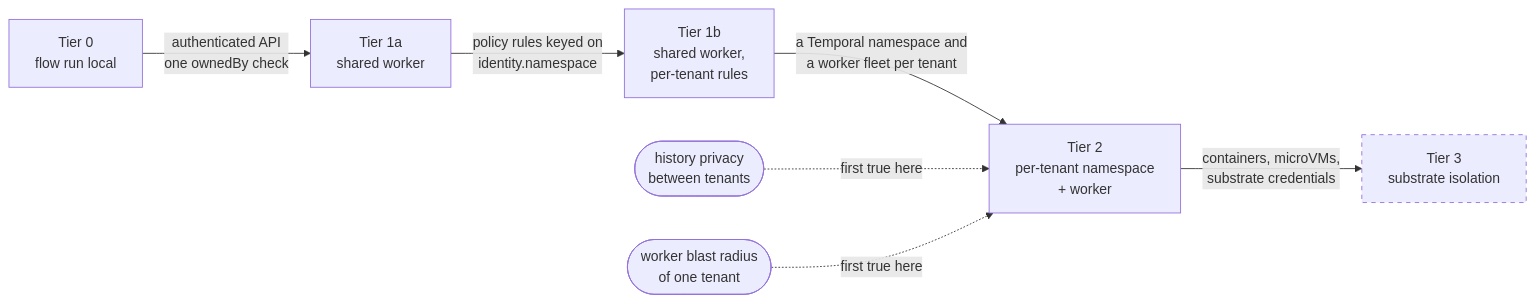
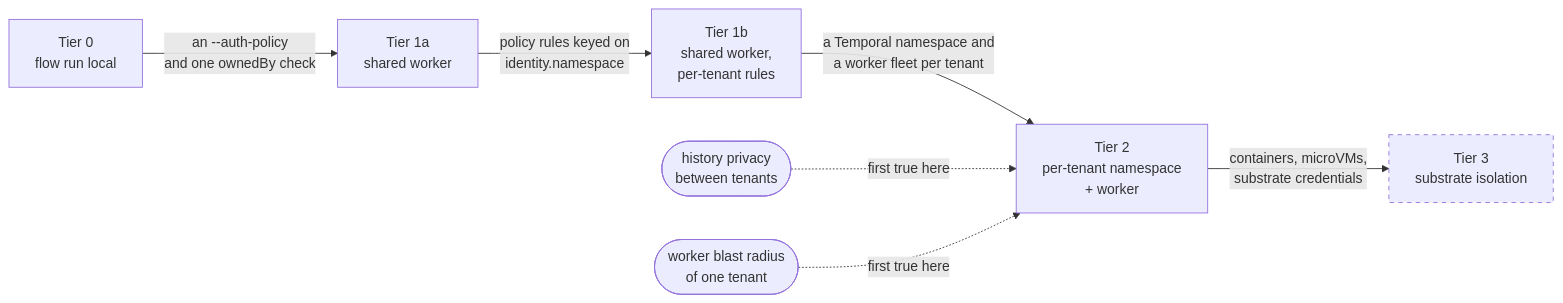
The diagram in docs/DEPLOYMENT.md (picatz/flowstate), drawn with Mermaid before and after one commit. The commit also changed other lines of this file and 4 other files, not shown here.

First line of the commit message:
docs, gate: seed the docs readers, walk docs/ recursively, and define Tier 1a by its auth policy

````diff
--- a/docs/DEPLOYMENT.md
+++ b/docs/DEPLOYMENT.md
@@ -77,13 +77,13 @@
 ```mermaid
 flowchart LR
-  T0["Tier 0<br/>flow run local"] -->|"authenticated API<br/>one ownedBy check"| T1a["Tier 1a<br/>shared worker"]
+  T0["Tier 0<br/>flow run local"] -->|"an --auth-policy<br/>and one ownedBy check"| T1a["Tier 1a<br/>shared worker"]
   T1a -->|"policy rules keyed on<br/>identity.namespace"| T1b["Tier 1b<br/>shared worker,<br/>per-tenant rules"]
   T1b -->|"a Temporal namespace and<br/>a worker fleet per tenant"| T2["Tier 2<br/>per-tenant namespace<br/>+ worker"]
   T2 -->|"containers, microVMs,<br/>substrate credentials"| T3["Tier 3<br/>substrate isolation"]
 
   History(["history privacy<br/>between tenants"]) -.->|"first true here"| T2
   Blast(["worker blast radius<br/>of one tenant"]) -.->|"first true here"| T2
 
   classDef notbuilt stroke-dasharray: 5 5;
   class T3 notbuilt;
 ```
````
